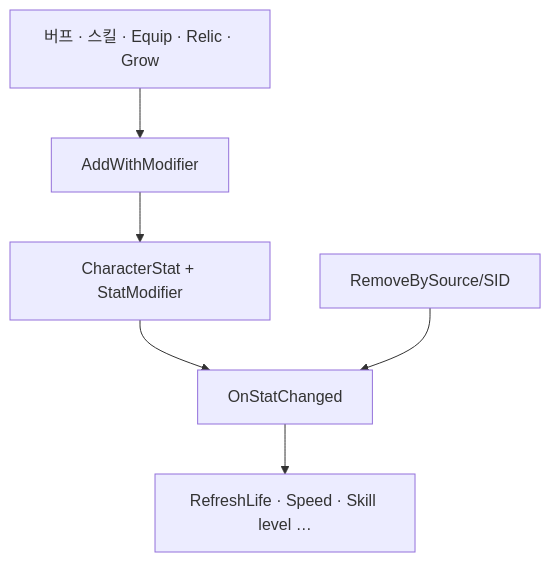
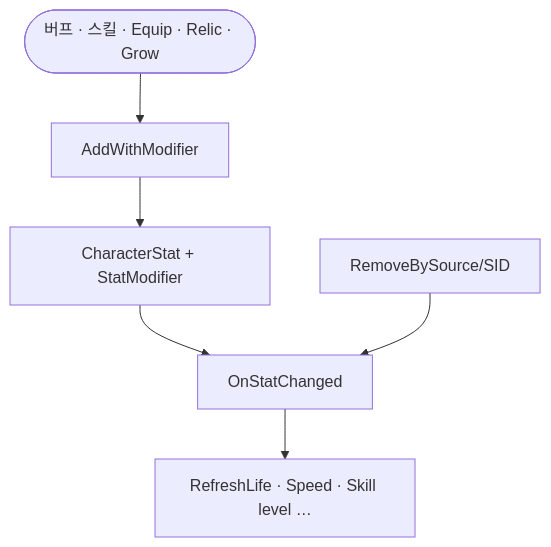
The diagram in notes/dragon-combat-stat.md (monet5379/monet5379.github.io), drawn with Mermaid before and after one commit. The commit also changed 7 other files, not shown here.

Commit message:
fix(notes): dragon-combat How Mermaid visual contract

````diff
--- a/notes/dragon-combat-stat.md
+++ b/notes/dragon-combat-stat.md
@@ -55,8 +55,9 @@
 ```mermaid
 flowchart TD
-  P["버프 · 스킬 · Equip · Relic · Grow"] --> A["AddWithModifier"]
+  P(["버프 · 스킬 · Equip · Relic · Grow"])
+  P --> A["AddWithModifier"]
   A --> M["CharacterStat + StatModifier"]
   M --> C["OnStatChanged"]
   C --> R["RefreshLife · Speed · Skill level …"]
   RM["RemoveBySource/SID"] --> C
 ```
````
